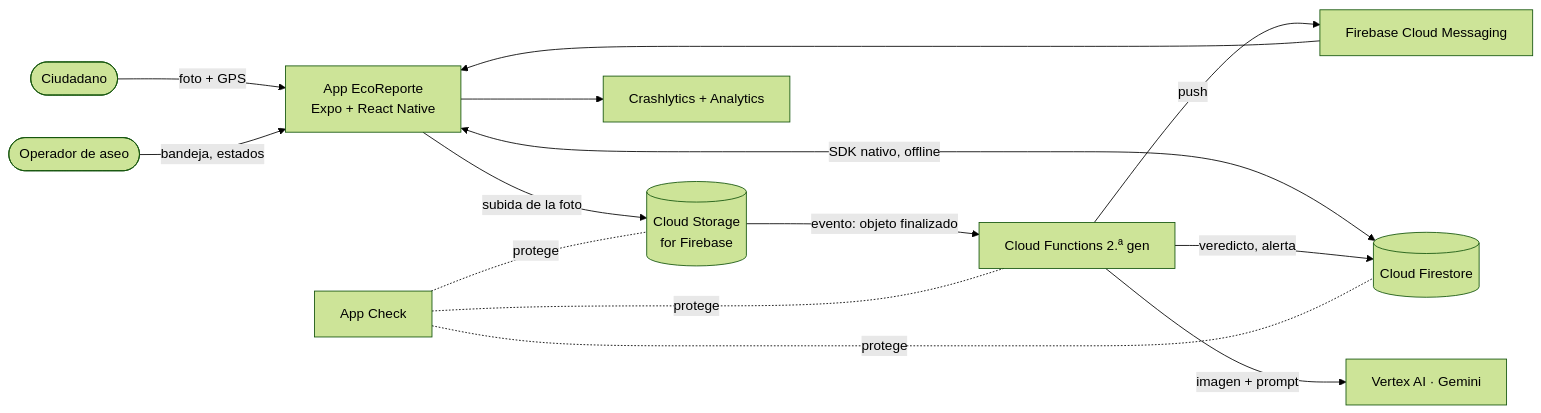
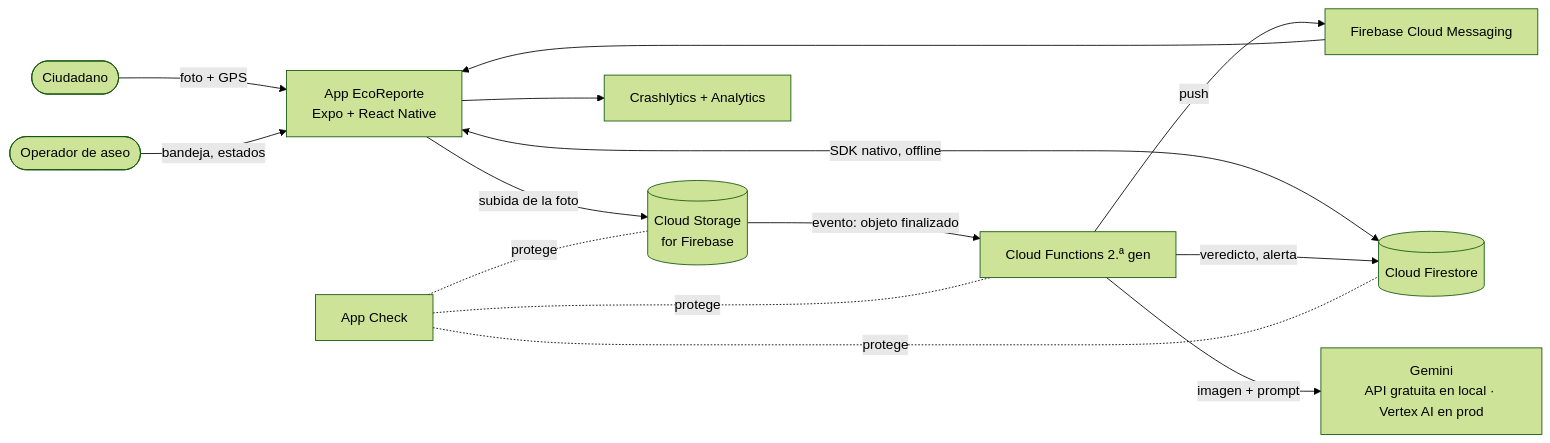
Before and after one commit to JulianCVM/ecoreporte: the first of 3 diagrams in docs/02-arquitectura.md, drawn with Mermaid (forest theme). The commit also changed other lines of this file and 11 other files, not shown here.

````diff
--- a/docs/02-arquitectura.md
+++ b/docs/02-arquitectura.md
@@ -5,14 +5,14 @@
 ```mermaid
 flowchart LR
   C([Ciudadano]) -->|foto + GPS| APP[App EcoReporte<br/>Expo + React Native]
   O([Operador de aseo]) -->|bandeja, estados| APP
   APP <-->|SDK nativo, offline| FS[(Cloud Firestore)]
   APP -->|subida de la foto| ST[(Cloud Storage<br/>for Firebase)]
   ST -->|evento: objeto finalizado| FN[Cloud Functions 2.ª gen]
-  FN -->|imagen + prompt| VX[Vertex AI · Gemini]
+  FN -->|imagen + prompt| VX[Gemini<br/>API gratuita en local · Vertex AI en prod]
   FN -->|veredicto, alerta| FS
   FN -->|push| FCM[Firebase Cloud Messaging]
   FCM --> APP
   APP --> CR[Crashlytics + Analytics]
   AC[App Check] -. protege .- FS & ST & FN
 ```
````
